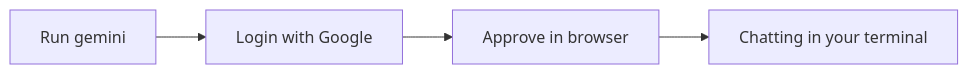
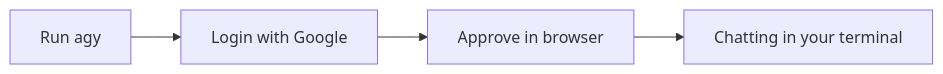
Before and after one commit to KakkoiDev/izumo-io: the diagram in docs/lessons/a02.md, drawn with Mermaid. The commit also changed other lines of this file and 19 other files, not shown here.

````diff
--- a/docs/lessons/a02.md
+++ b/docs/lessons/a02.md
@@ -50,6 +52,6 @@
 ```mermaid
 flowchart LR
-    A[Run gemini] --> B[Login with Google]
+    A[Run agy] --> B[Login with Google]
     B --> C[Approve in browser]
     C --> D[Chatting in your terminal]
 ```
````
